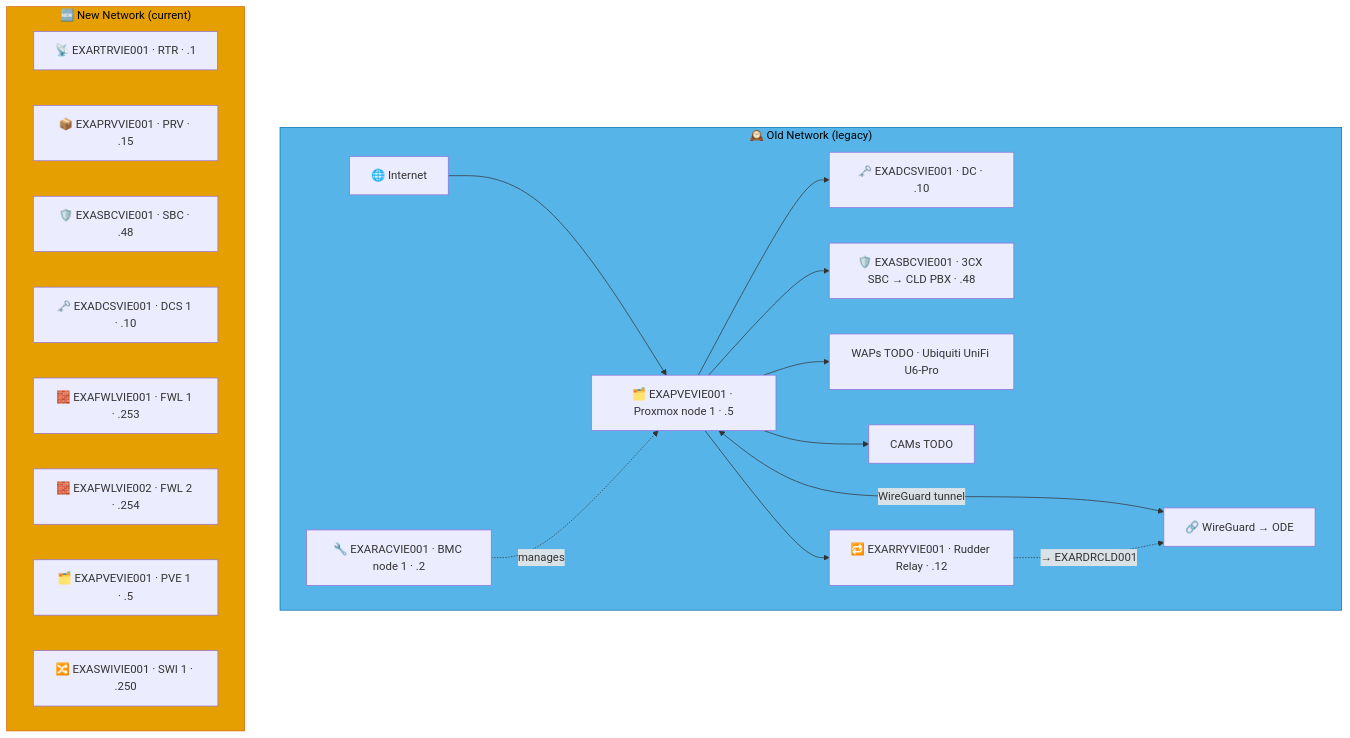
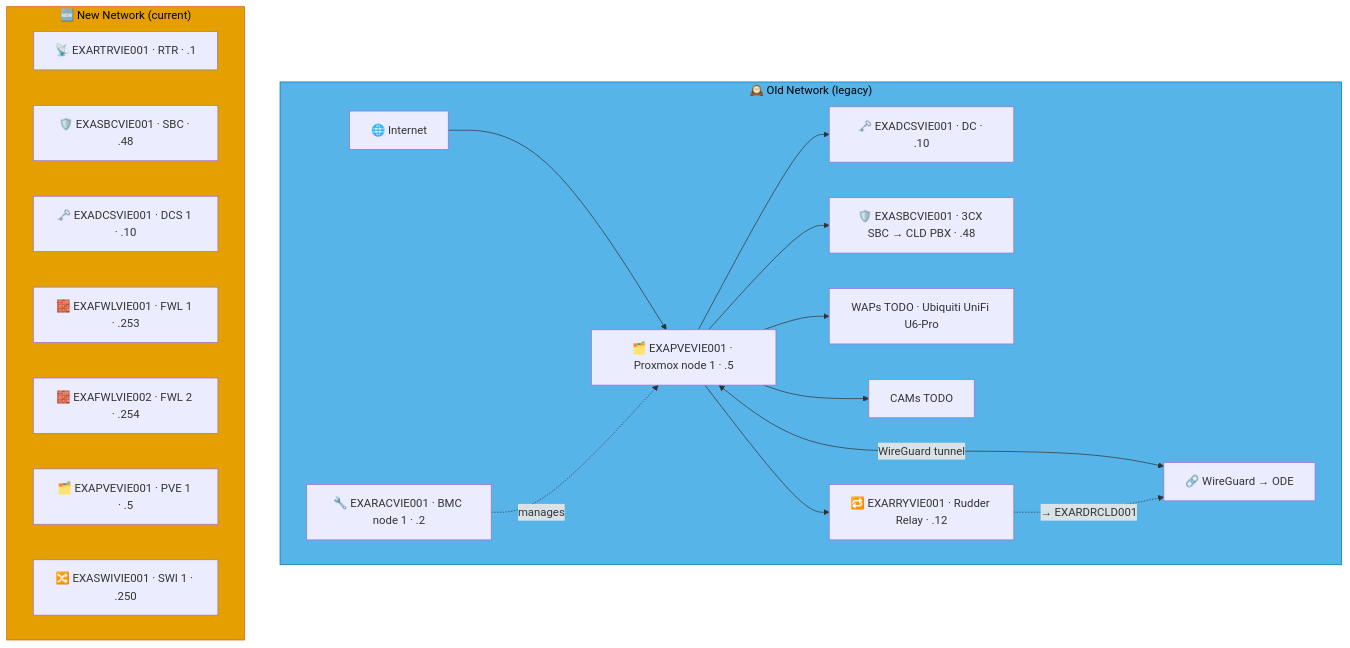
The diagram in docs/network-diagram/osterreich.md (knightmare2600/example_music_infra), drawn with Mermaid before and after one commit. The commit also changed 55 other files, not shown here.

````diff
--- a/docs/network-diagram/osterreich.md
+++ b/docs/network-diagram/osterreich.md
@@ -16,36 +16,35 @@
 ```mermaid
 graph TD
     subgraph OLD_VIE ["🕰️ Old Network (legacy)"]
       INET["🌐 Internet"]
       RAC["🔧 EXARACVIE001 · BMC node 1 · .2"]
       PVE["🗂️ EXAPVEVIE001 · Proxmox node 1 · .5"]
       DC["🗝️ EXADCSVIE001 · DC · .10"]
       SBC["🛡️ EXASBCVIE001 · 3CX SBC → CLD PBX · .48"]
       RRY["🔁 EXARRYVIE001 · Rudder Relay · .12"]
       WAP["WAPs TODO · Ubiquiti UniFi U6-Pro"]
       CAM["CAMs TODO"]
       VPN["🔗 WireGuard → ODE"]
 
       INET --> PVE --> DC & SBC
       RAC -.->|"manages"| PVE
       PVE --> WAP & CAM
       PVE <-->|"WireGuard tunnel"| VPN
 
       PVE --> RRY
       RRY -. "→ EXARDRCLD001" .-> VPN
     end
     style OLD_VIE fill:#56B4E9,stroke:#0072B2,color:#000000
     %% GENERATED:NEW-NETWORK:VIE:START
     subgraph NEW_VIE ["🆕 New Network (current)"]
       N_RTR["📡 EXARTRVIE001 · RTR · .1"]
-      N_PRV["📦 EXAPRVVIE001 · PRV · .15"]
       N_SBC["🛡️ EXASBCVIE001 · SBC · .48"]
       N_DCS["🗝️ EXADCSVIE001 · DCS 1 · .10"]
       N_FWL["🧱 EXAFWLVIE001 · FWL 1 · .253"]
       N_FWL2["🧱 EXAFWLVIE002 · FWL 2 · .254"]
       N_PVE["🗂️ EXAPVEVIE001 · PVE 1 · .5"]
       N_SWI["🔀 EXASWIVIE001 · SWI 1 · .250"]
     end
     style NEW_VIE fill:#E69F00,stroke:#D55E00,color:#000000
     %% GENERATED:NEW-NETWORK:VIE:END
 ```
````
